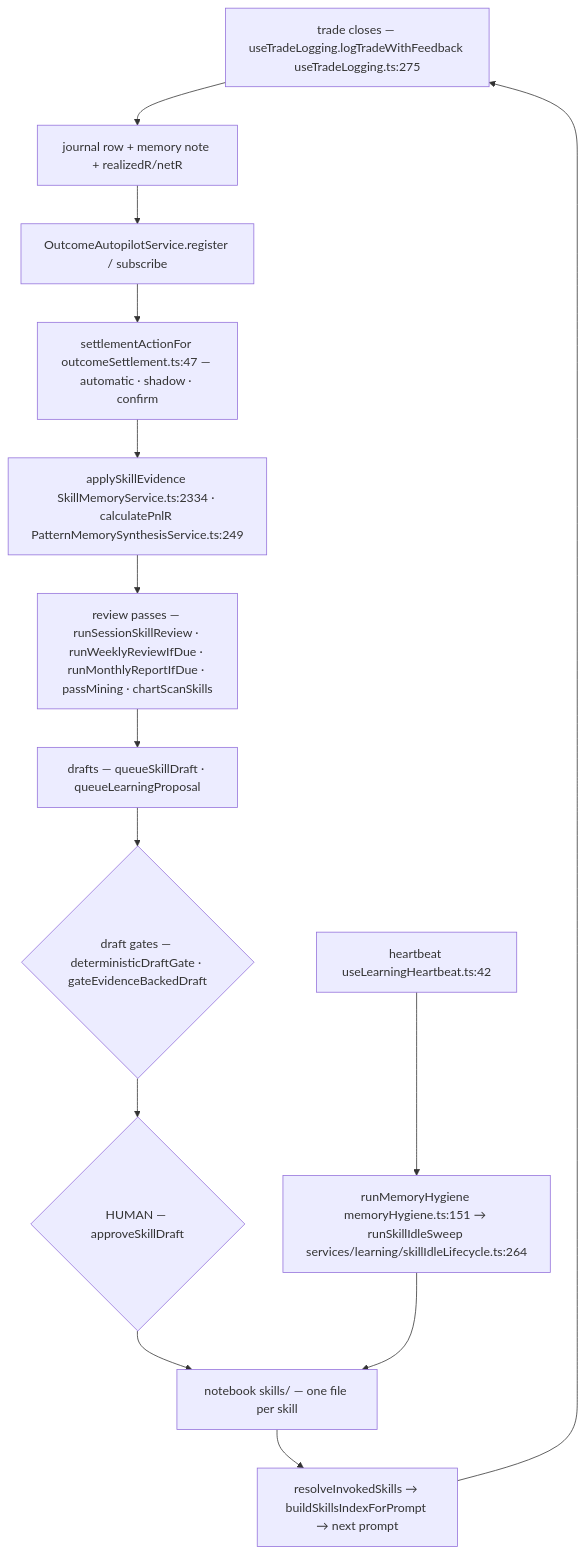
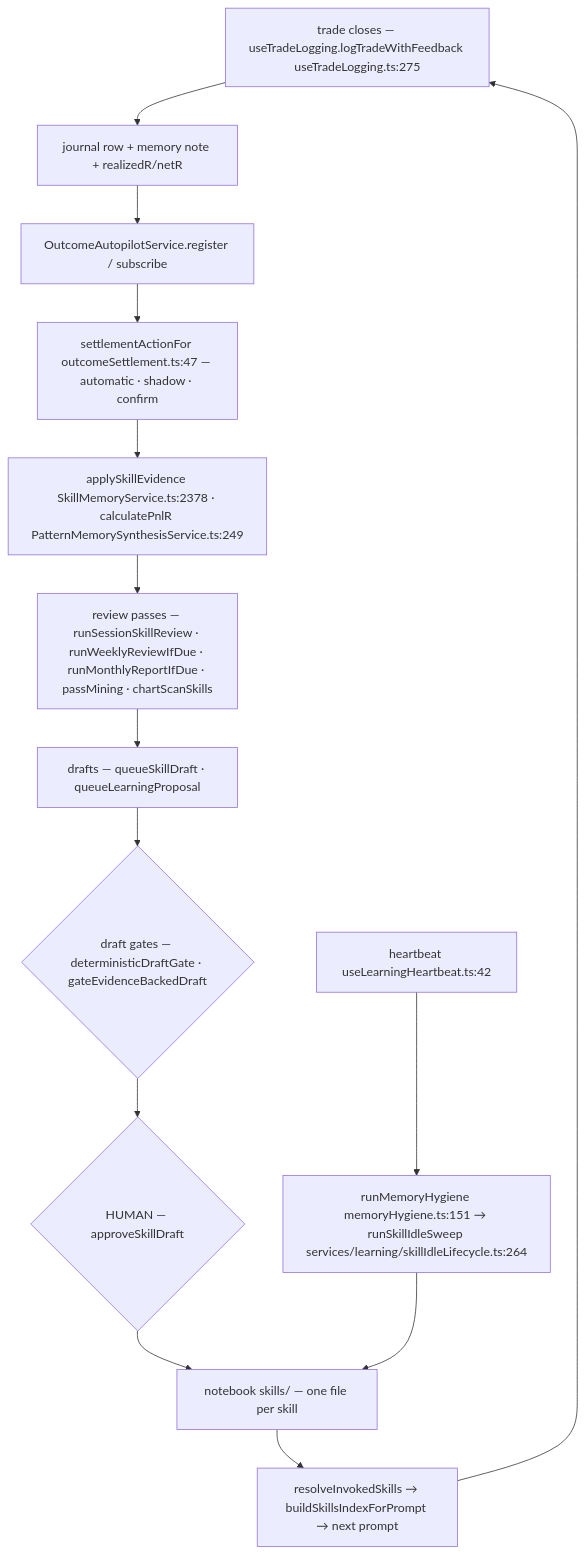
One commit to Acepay25/august-3.5 changed the eighth of 8 diagrams in docs/app-flow.md. Above: the diagram before and after it, drawn with Mermaid. The commit also changed other lines of this file and 2 other files, not shown here.

First line of the commit message:
docs(flow): re-anchor the skill files, and record the loop this is now in

````diff
--- a/docs/app-flow.md
+++ b/docs/app-flow.md
@@ -1010,16 +1010,16 @@
 ```mermaid
 flowchart TD
     T["trade closes — useTradeLogging.logTradeWithFeedback useTradeLogging.ts:275"] --> J["journal row + memory note + realizedR/netR"]
     J --> A["OutcomeAutopilotService.register / subscribe"]
     A --> S["settlementActionFor outcomeSettlement.ts:47 — automatic · shadow · confirm"]
-    S --> E["applySkillEvidence SkillMemoryService.ts:2334 · calculatePnlR PatternMemorySynthesisService.ts:249"]
+    S --> E["applySkillEvidence SkillMemoryService.ts:2378 · calculatePnlR PatternMemorySynthesisService.ts:249"]
     E --> R["review passes — runSessionSkillReview · runWeeklyReviewIfDue · runMonthlyReportIfDue · passMining · chartScanSkills"]
     R --> D["drafts — queueSkillDraft · queueLearningProposal"]
     D --> G{"draft gates — deterministicDraftGate · gateEvidenceBackedDraft"}
     G --> H{"HUMAN — approveSkillDraft"}
     H --> N["notebook skills/ — one file per skill"]
     N --> I["resolveInvokedSkills → buildSkillsIndexForPrompt → next prompt"]
     I --> T
     X["heartbeat useLearningHeartbeat.ts:42"] --> Y["runMemoryHygiene memoryHygiene.ts:151 → runSkillIdleSweep services/learning/skillIdleLifecycle.ts:264"]
     Y --> N
 ```
````
